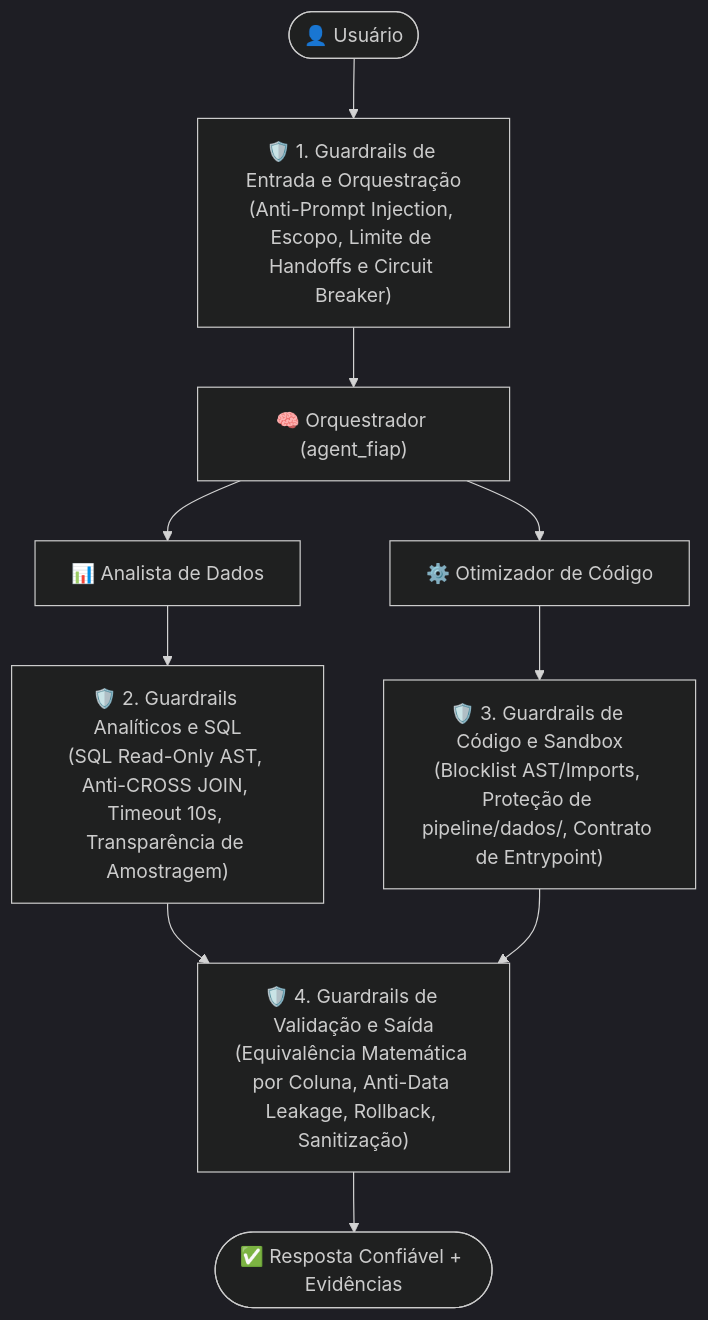
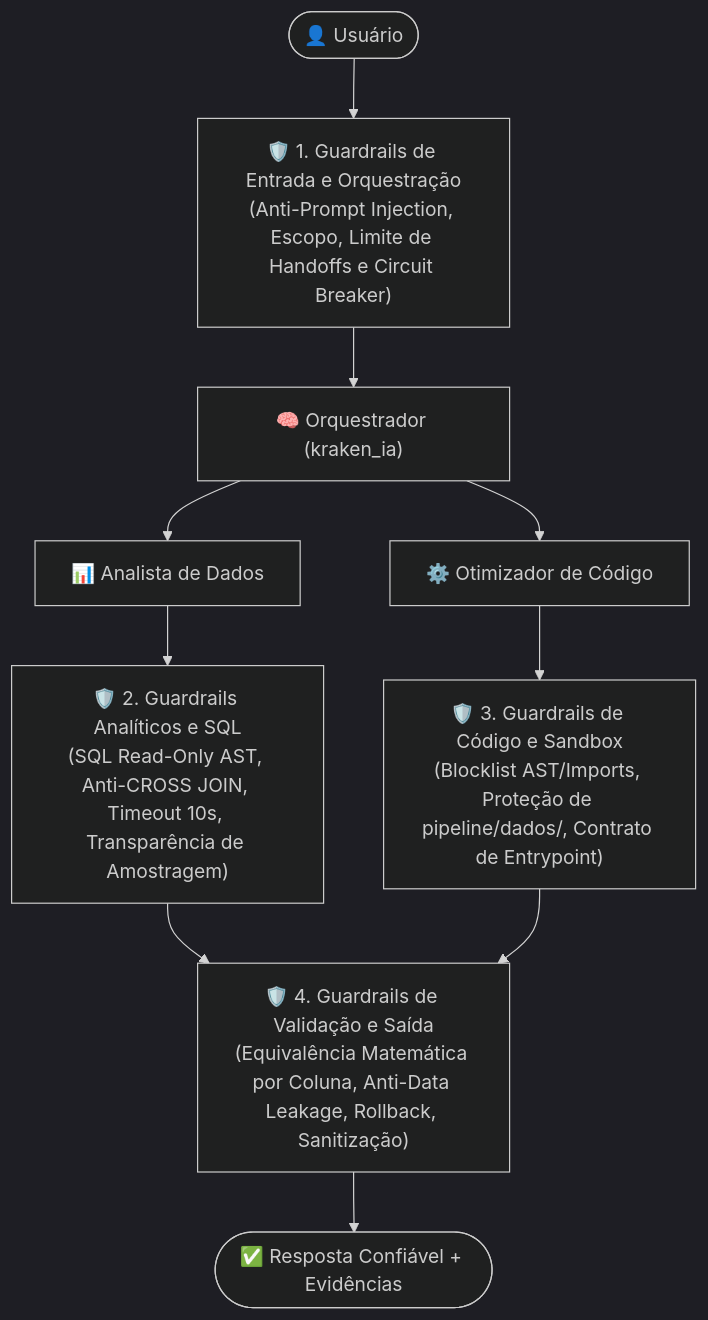
Before and after one commit to mathsantoss/agent_optimizer: the first of 2 diagrams in docs/guardrails.md, drawn with Mermaid (dark theme). The commit also changed other lines of this file and 97 other files, not shown here.

Commit message:
refactor: rename project from agent-fiap to kraken-ia

````diff
--- a/docs/guardrails.md
+++ b/docs/guardrails.md
@@ -11,16 +11,16 @@
 ```mermaid
 flowchart TB
     U(["👤 Usuário"]) --> G1["🛡️ 1. Guardrails de Entrada e Orquestração<br/>(Anti-Prompt Injection, Escopo, Limite de Handoffs e Circuit Breaker)"]
-    G1 --> O["🧠 Orquestrador (agent_fiap)"]
+    G1 --> O["🧠 Orquestrador (kraken_ia)"]
 
     O --> A["📊 Analista de Dados"]
     O --> C["⚙️ Otimizador de Código"]
 
     A --> G2["🛡️ 2. Guardrails Analíticos e SQL<br/>(SQL Read-Only AST, Anti-CROSS JOIN, Timeout 10s, Transparência de Amostragem)"]
     C --> G3["🛡️ 3. Guardrails de Código e Sandbox<br/>(Blocklist AST/Imports, Proteção de pipeline/dados/, Contrato de Entrypoint)"]
 
     G2 --> G4["🛡️ 4. Guardrails de Validação e Saída<br/>(Equivalência Matemática por Coluna, Anti-Data Leakage, Rollback, Sanitização)"]
     G3 --> G4
 
     G4 --> R(["✅ Resposta Confiável + Evidências"])
 ```
````
